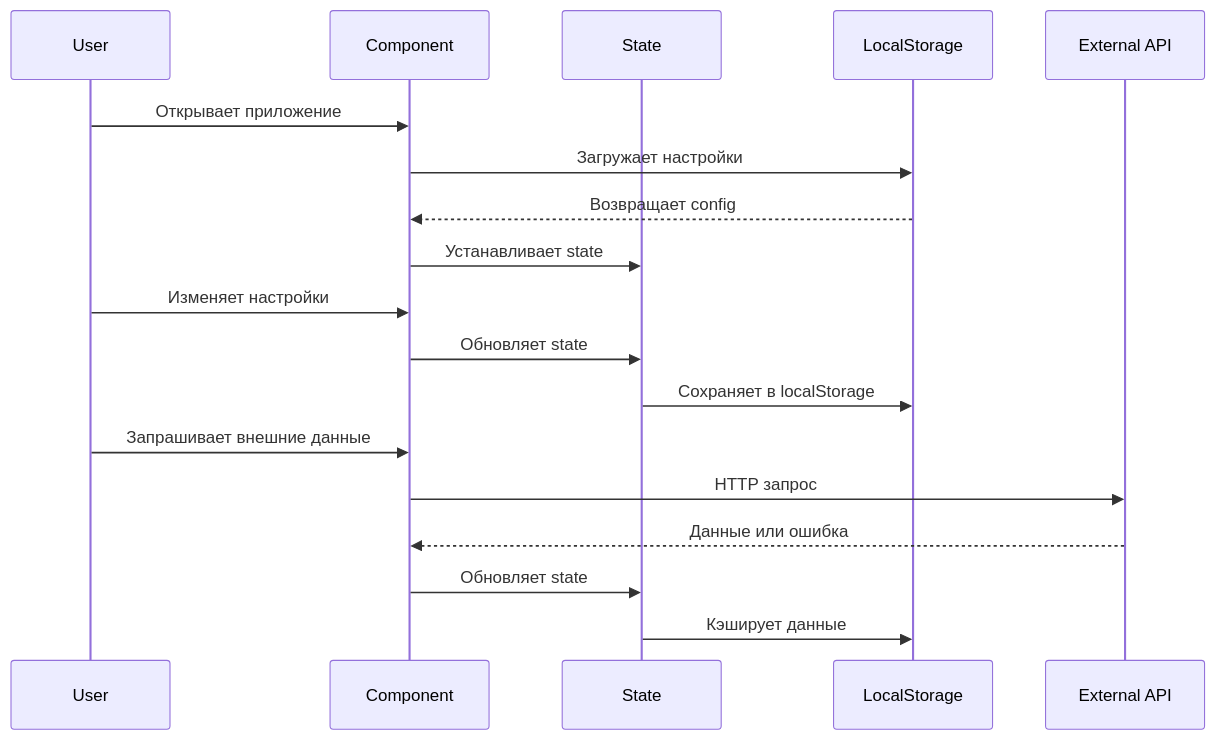
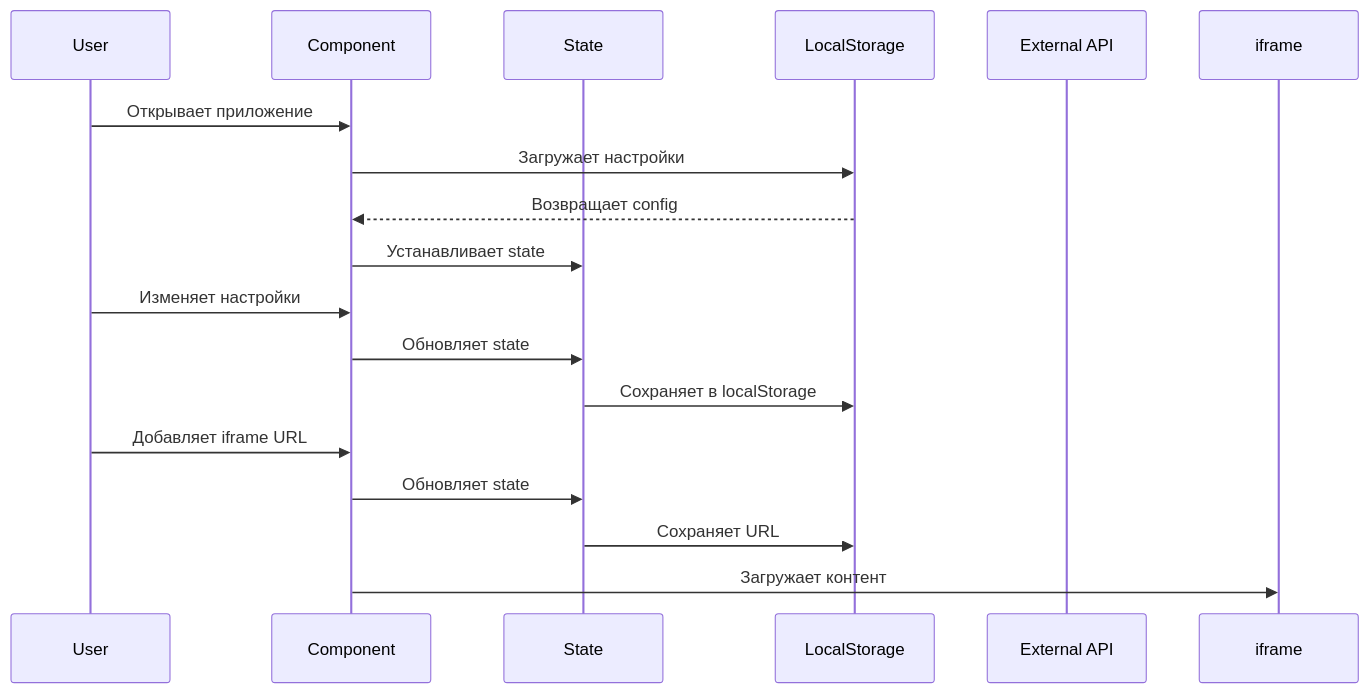
The third of 11 diagrams in ARCHITECTURE_DIAGRAMS.md (graf4ik322/TempSNI), drawn with Mermaid before and after one commit. The commit also changed other lines of this file and 5 other files, not shown here.

Commit message:
Replace API integration with iframe-based external content

````diff
--- a/ARCHITECTURE_DIAGRAMS.md
+++ b/ARCHITECTURE_DIAGRAMS.md
@@ -59,23 +59,22 @@
 ```mermaid
 sequenceDiagram
     participant U as User
     participant C as Component
     participant S as State
     participant LS as LocalStorage
     participant API as External API
     
     U->>C: Открывает приложение
     C->>LS: Загружает настройки
     LS-->>C: Возвращает config
     C->>S: Устанавливает state
     
     U->>C: Изменяет настройки
     C->>S: Обновляет state
     S->>LS: Сохраняет в localStorage
     
-    U->>C: Запрашивает внешние данные
-    C->>API: HTTP запрос
-    API-->>C: Данные или ошибка
+    U->>C: Добавляет iframe URL
     C->>S: Обновляет state
-    S->>LS: Кэширует данные
+    S->>LS: Сохраняет URL
+    C->>iframe: Загружает контент
 ```
````
